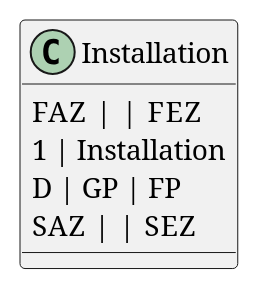
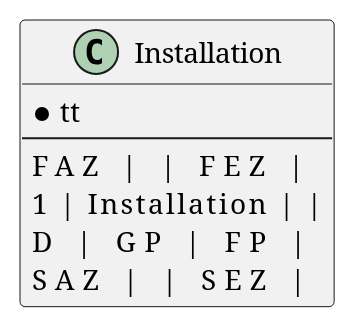
One commit to Martin1088/Plantuml-With-Screenreader changed the diagram in bwl/Geschäftsprozesse/Beispiel03.puml. Above: the diagram before and after it, drawn with PlantUML. The commit also changed 10 other files, not shown here.

```diff
--- a/bwl/Geschäftsprozesse/Beispiel03.puml
+++ b/bwl/Geschäftsprozesse/Beispiel03.puml
@@ -1,8 +1,10 @@
 @startuml
 class Installation {
-FAZ |    | FEZ
-1 | Installation 
-D | GP | FP
-SAZ |   | SEZ
+* tt
+--
+FAZ |               | FEZ |
+1   | Installation  |     |
+D   | GP            | FP  |
+SAZ |               | SEZ |
 }
 @enduml
```
